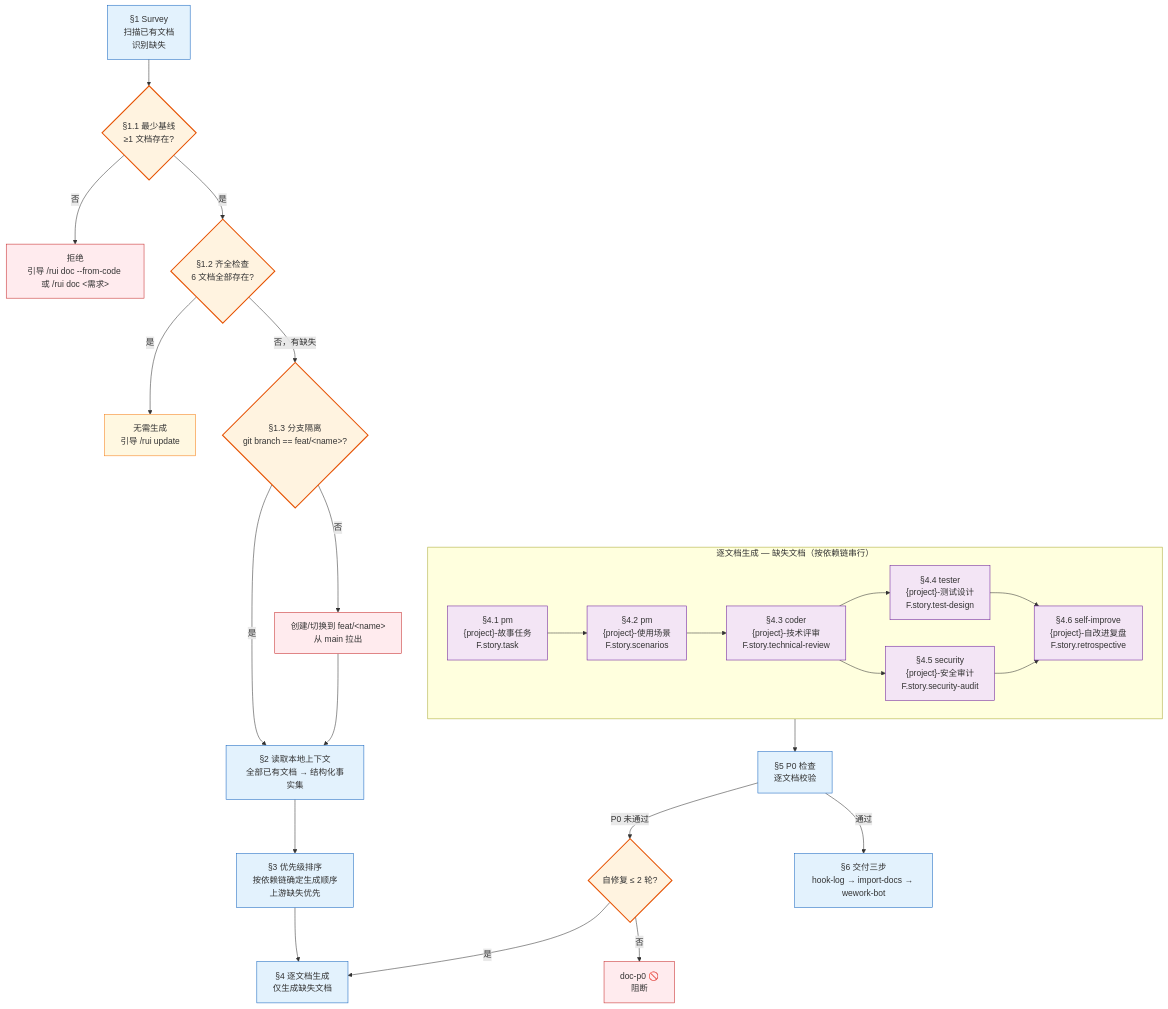
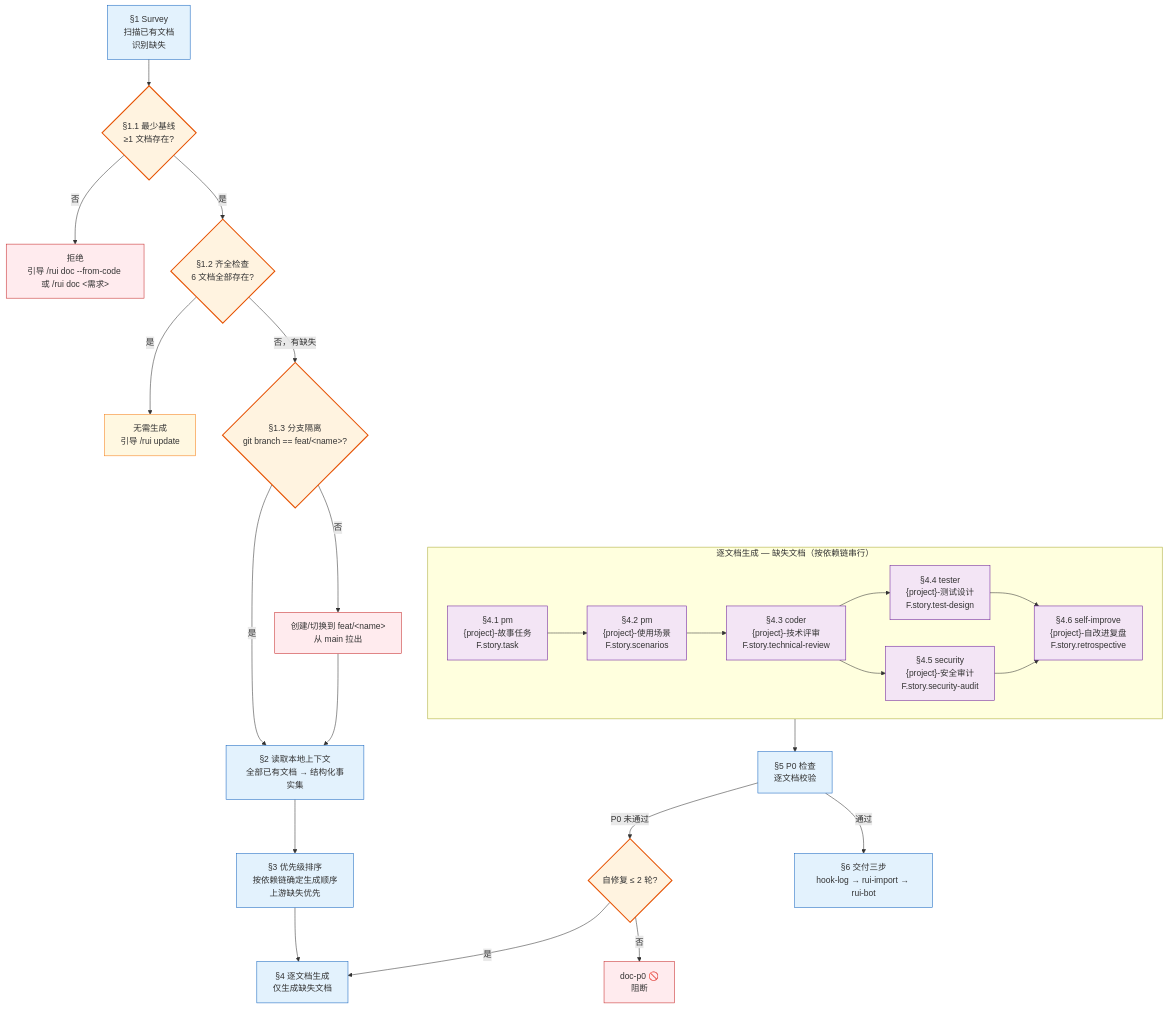
Before and after one commit to effiy/YrY: diagram 16 of 16 in skills/rui/SKILL.md, drawn with Mermaid. The commit also changed other lines of this file and 41 other files, not shown here.

````diff
--- a/skills/rui/SKILL.md
+++ b/skills/rui/SKILL.md
@@ -928,39 +949,39 @@
 ```mermaid
 flowchart TD
     SURVEY["§1 Survey<br/>扫描已有文档<br/>识别缺失"]:::s --> MIN{"§1.1 最少基线<br/>≥1 文档存在?"}:::gate
     MIN -->|"否"| REFUSE["拒绝<br/>引导 /rui doc --from-code 或 /rui doc <需求>"]:::bad
     MIN -->|"是"| ALL{"§1.2 齐全检查<br/>6 文档全部存在?"}:::gate
     ALL -->|"是"| SKIP["无需生成<br/>引导 /rui update <name>"]:::warn
     ALL -->|"否，有缺失"| BRANCH{"§1.3 分支隔离<br/>git branch == feat/&lt;name&gt;?"}:::gate
     BRANCH -->|"否"| SWITCH["创建/切换到 feat/&lt;name&gt;<br/>从 main 拉出"]:::block
     BRANCH -->|"是"| READ["§2 读取本地上下文<br/>全部已有文档 → 结构化事实集"]:::s
     SWITCH --> READ
     READ --> PRIORITY["§3 优先级排序<br/>按依赖链确定生成顺序<br/>上游缺失优先"]:::s
     PRIORITY --> GEN["§4 逐文档生成<br/>仅生成缺失文档"]:::s
     
     subgraph GENSUB["逐文档生成 — 缺失文档（按依赖链串行）"]
         direction LR
         D1["§4.1 pm<br/>{project}-故事任务<br/>F.story.task"]:::agent
         D2["§4.2 pm<br/>{project}-使用场景<br/>F.story.scenarios"]:::agent
         D3["§4.3 coder<br/>{project}-技术评审<br/>F.story.technical-review"]:::agent
         D4["§4.4 tester<br/>{project}-测试设计<br/>F.story.test-design"]:::agent
         D5["§4.5 security<br/>{project}-安全审计<br/>F.story.security-audit"]:::agent
         D6["§4.6 self-improve<br/>{project}-自改进复盘<br/>F.story.retrospective"]:::agent
         D1 --> D2 --> D3 --> D4
         D3 --> D5
         D4 & D5 --> D6
     end
 
     GENSUB --> CHECK["§5 P0 检查<br/>逐文档校验"]:::s
     CHECK -->|"P0 未通过"| RETRY{"自修复 ≤ 2 轮?"}:::gate
     RETRY -->|"是"| GEN
     RETRY -->|"否"| BLOCK_DOC["doc-p0 🚫<br/>阻断"]:::bad
-    CHECK -->|"通过"| DELIVER["§6 交付三步<br/>hook-log → import-docs → wework-bot"]:::s
+    CHECK -->|"通过"| DELIVER["§6 交付三步<br/>hook-log → rui-import → rui-bot"]:::s
 
     classDef s fill:#e3f2fd,stroke:#1565c0;
     classDef gate fill:#fff3e0,stroke:#e65100,stroke-width:2px;
     classDef bad fill:#ffebee,stroke:#c62828;
     classDef warn fill:#fff8e1,stroke:#f57f17;
     classDef block fill:#ffebee,stroke:#c62828;
     classDef agent fill:#f3e5f5,stroke:#6a1b9a;
 ```
````
